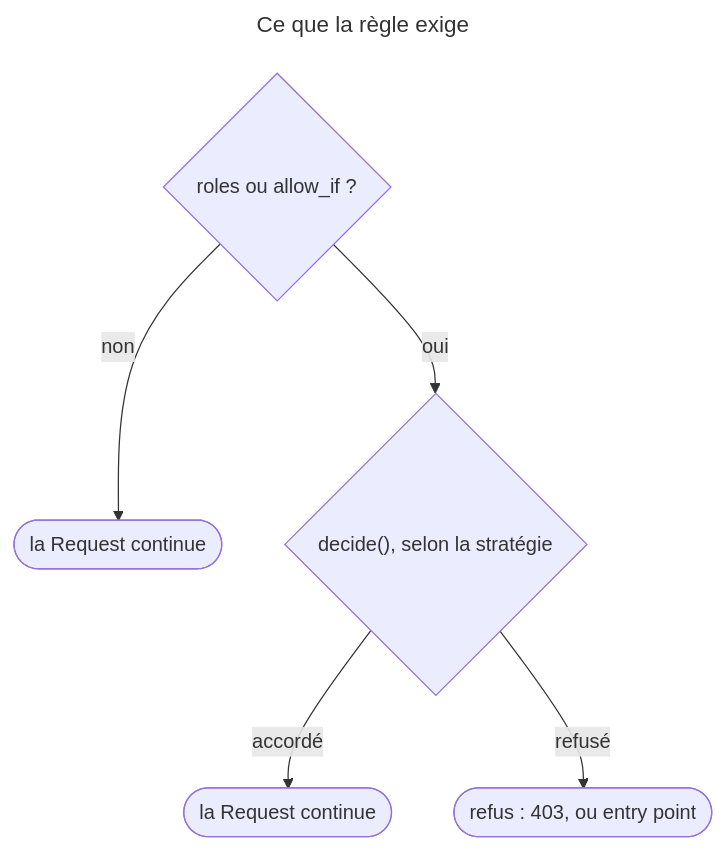
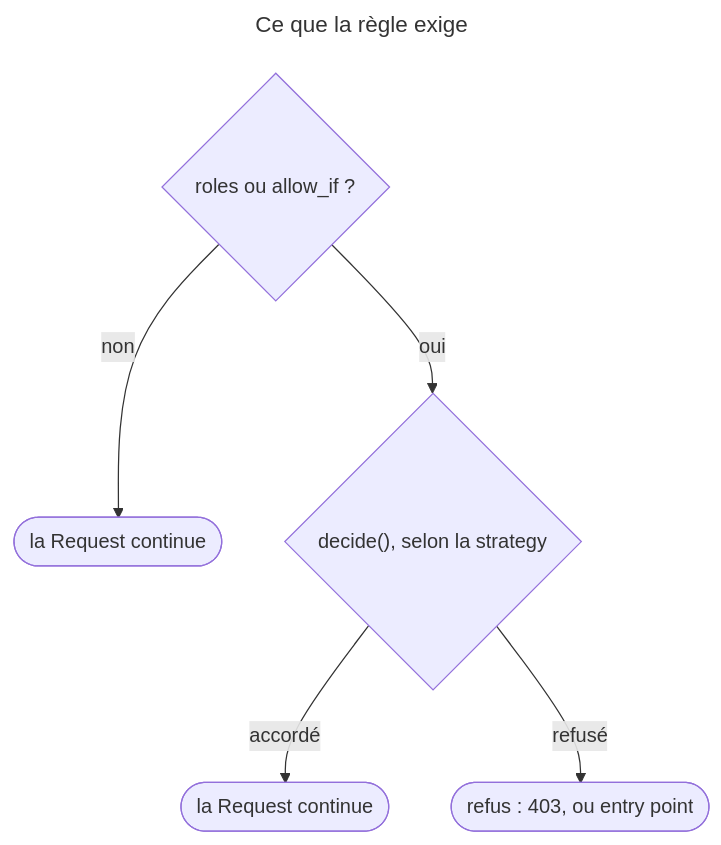
The second of 2 diagrams in content/courses/CRS-2ec5yksjfm9s.md (jasserYahyaoui/Symfony-8-Certification-Path), drawn with Mermaid before and after one commit. The commit also changed other lines of this file and 180 other files, not shown here.

````diff
--- a/content/courses/CRS-2ec5yksjfm9s.md
+++ b/content/courses/CRS-2ec5yksjfm9s.md
@@ -118,12 +118,12 @@
 ```mermaid
 ---
 title: Ce que la règle exige
 ---
 flowchart TD
   accTitle: Comment access_control applique les exigences d'une règle
-  accDescr: Une règle sans roles ni allow_if laisse passer. Sinon roles et allow_if sont passés ensemble à decide(), avec la Request pour sujet, et la stratégie tranche. Accordé, la Request continue. Refusé, une AccessDeniedException donne 403 à un user connu, et l'entry point à un anonyme.
+  accDescr: Une règle sans roles ni allow_if laisse passer. Sinon roles et allow_if sont passés ensemble à decide(), avec la Request pour sujet, et la strategy tranche. Accordé, la Request continue. Refusé, une AccessDeniedException donne 403 à un user connu, et l'entry point à un anonyme.
   ATTR{"roles ou allow_if ?"} -->|"non"| PASS(["la Request continue"])
-  ATTR -->|"oui"| DEC{"decide(), selon la stratégie"}
+  ATTR -->|"oui"| DEC{"decide(), selon la strategy"}
   DEC -->|"accordé"| GO(["la Request continue"])
   DEC -->|"refusé"| DENY(["refus : 403, ou entry point"])
 ```
````
